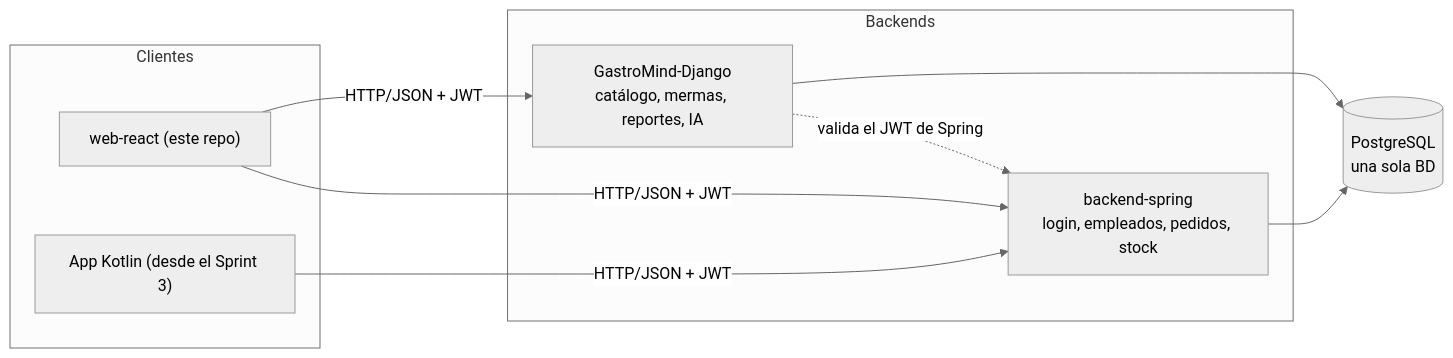
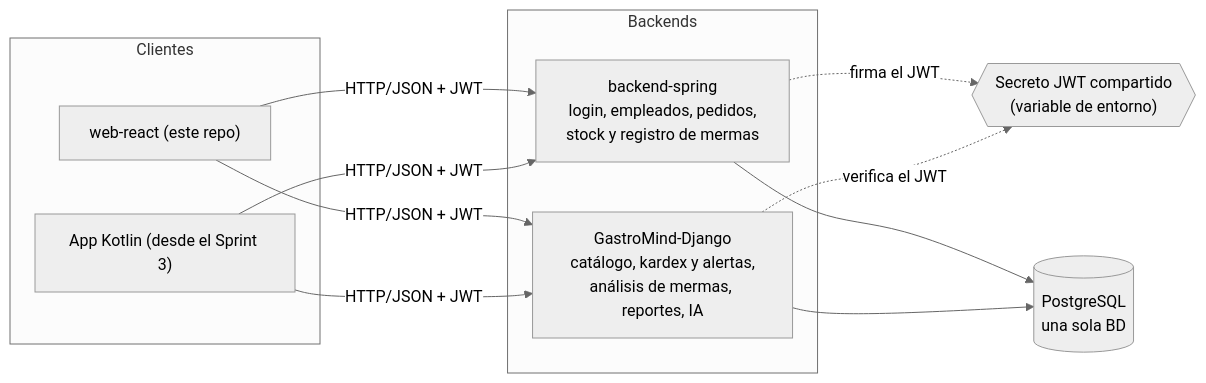
The diagram in README.md (diegoz-netizen/GastroMind-SpringBoot), drawn with Mermaid (neutral theme) before and after one commit. The commit also changed other lines of this file and 2 other files, not shown here.

Commit message:
docs: correcciones de la revision del pr 28
MER con todas las columnas del script, arquitectura con el secreto JWT compartido, mermas en Spring y cronograma al dia con la planning 3.

````diff
--- a/README.md
+++ b/README.md
@@ -22,19 +22,22 @@
 ```mermaid
 flowchart LR
   subgraph Clientes
     WEB["web-react (este repo)"]
     APP["App Kotlin (desde el Sprint 3)"]
   end
   subgraph Backends
-    SPR["backend-spring<br/>login, empleados, pedidos, stock"]
-    DJ["GastroMind-Django<br/>catálogo, mermas, reportes, IA"]
+    SPR["backend-spring<br/>login, empleados, pedidos,<br/>stock y registro de mermas"]
+    DJ["GastroMind-Django<br/>catálogo, kardex y alertas,<br/>análisis de mermas, reportes, IA"]
   end
+  SEC{{"Secreto JWT compartido<br/>(variable de entorno)"}}
   DB[("PostgreSQL<br/>una sola BD")]
 
   WEB -->|"HTTP/JSON + JWT"| SPR
   WEB -->|"HTTP/JSON + JWT"| DJ
   APP -->|"HTTP/JSON + JWT"| SPR
-  DJ -.->|"valida el JWT de Spring"| SPR
+  APP -->|"HTTP/JSON + JWT"| DJ
+  SPR -.->|"firma el JWT"| SEC
+  DJ -.->|"verifica el JWT"| SEC
   SPR --> DB
   DJ --> DB
 ```
````
